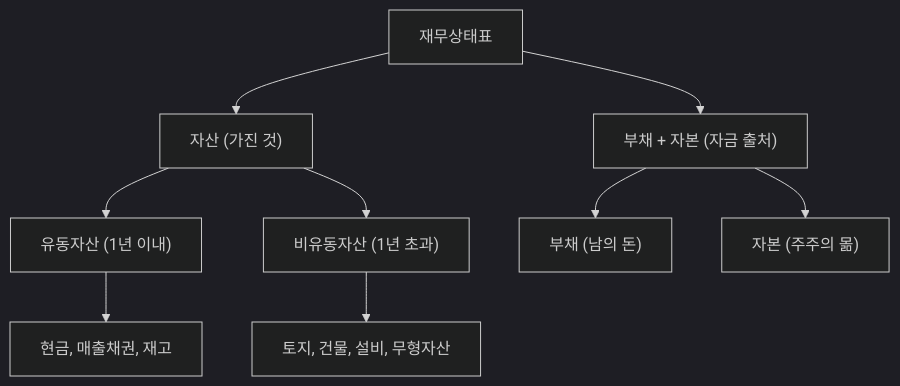
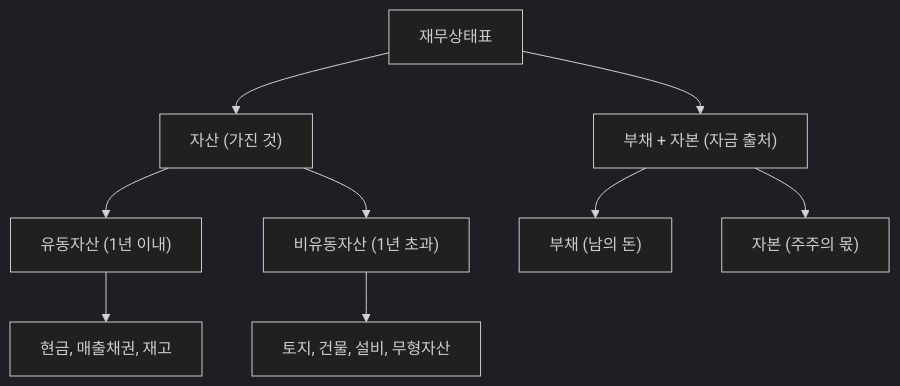
The diagram in content/stock-terms/ko/level-03-financial-statements/assets.md (yeongseon/stock-visual-note), drawn with Mermaid (dark theme) before and after one commit. The commit also changed 20 other files, not shown here.

````diff
--- a/content/stock-terms/ko/level-03-financial-statements/assets.md
+++ b/content/stock-terms/ko/level-03-financial-statements/assets.md
@@ -53,12 +53,12 @@
 ```mermaid
 graph TD
     A["재무상태표"]
     A --> B["자산 (가진 것)"]
     A --> C["부채 + 자본 (자금 출처)"]
     B --> D["유동자산 (1년 이내)"]
     B --> E["비유동자산 (1년 초과)"]
     D --> F["현금, 매출채권, 재고"]
     E --> G["토지, 건물, 설비, 무형자산"]
     C --> H["부채 (남의 돈)"]
-    C --> I["자본 (주주의 몲)"]
+    C --> I["자본 (주주의 몫)"]
 ```
````
